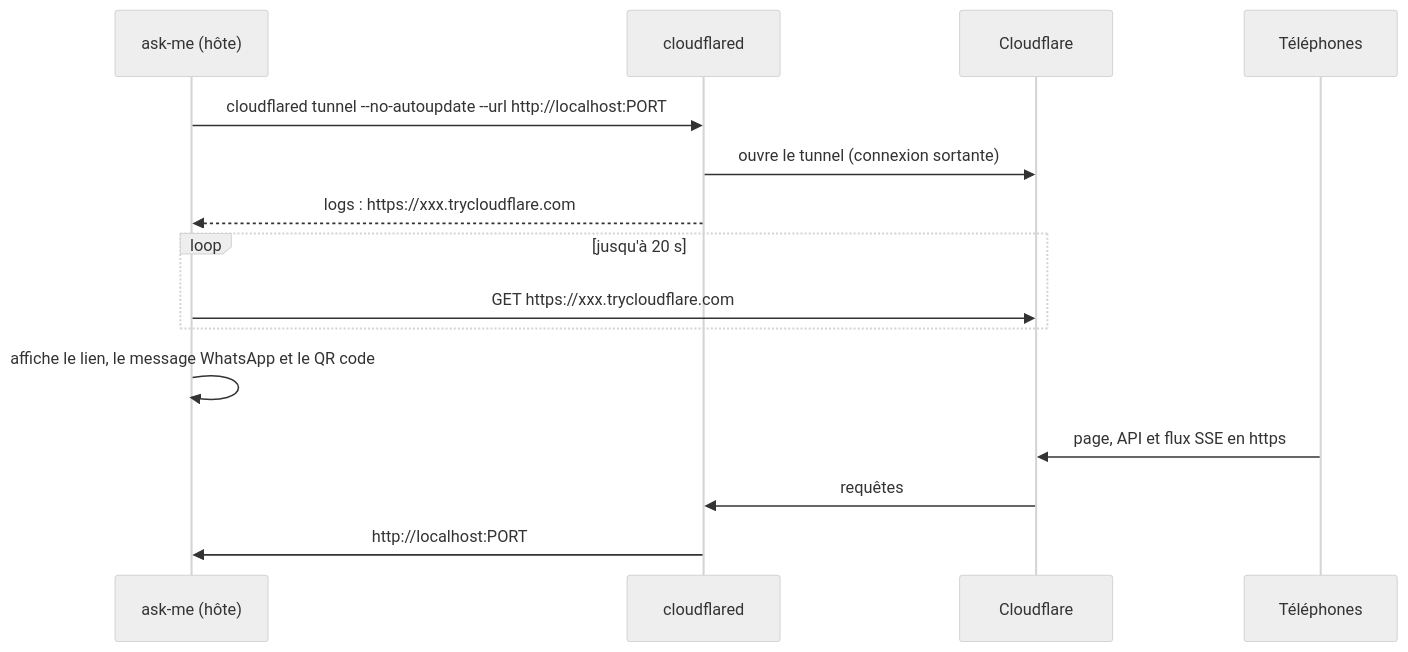
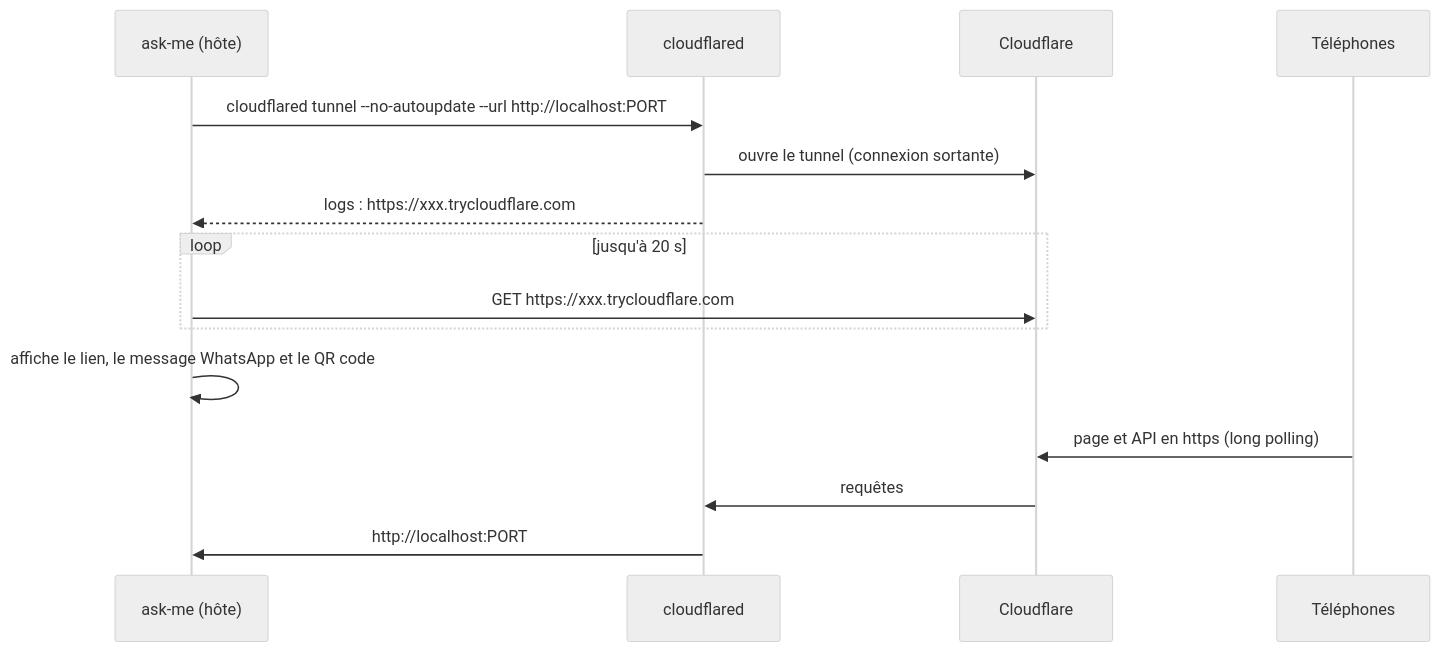
One commit to sebastienD/ask-me changed the third of 3 diagrams in docs/ARCHITECTURE.md. Above: the diagram before and after it, drawn with Mermaid (neutral theme). The commit also changed other lines of this file and 6 other files, not shown here.

First line of the commit message:
🐛 send game state by long polling so remote games work

````diff
--- a/docs/ARCHITECTURE.md
+++ b/docs/ARCHITECTURE.md
@@ -175,17 +180,17 @@
 ```mermaid
 sequenceDiagram
     participant Hôte as ask-me (hôte)
     participant CF as cloudflared
     participant Edge as Cloudflare
     participant Tel as Téléphones
     Hôte->>CF: cloudflared tunnel --no-autoupdate --url http://localhost:PORT
     CF->>Edge: ouvre le tunnel (connexion sortante)
     CF-->>Hôte: logs : https://xxx.trycloudflare.com
     loop jusqu'à 20 s
         Hôte->>Edge: GET https://xxx.trycloudflare.com
     end
     Hôte->>Hôte: affiche le lien, le message WhatsApp et le QR code
-    Tel->>Edge: page, API et flux SSE en https
+    Tel->>Edge: page et API en https (long polling)
     Edge->>CF: requêtes
     CF->>Hôte: http://localhost:PORT
 ```
````
